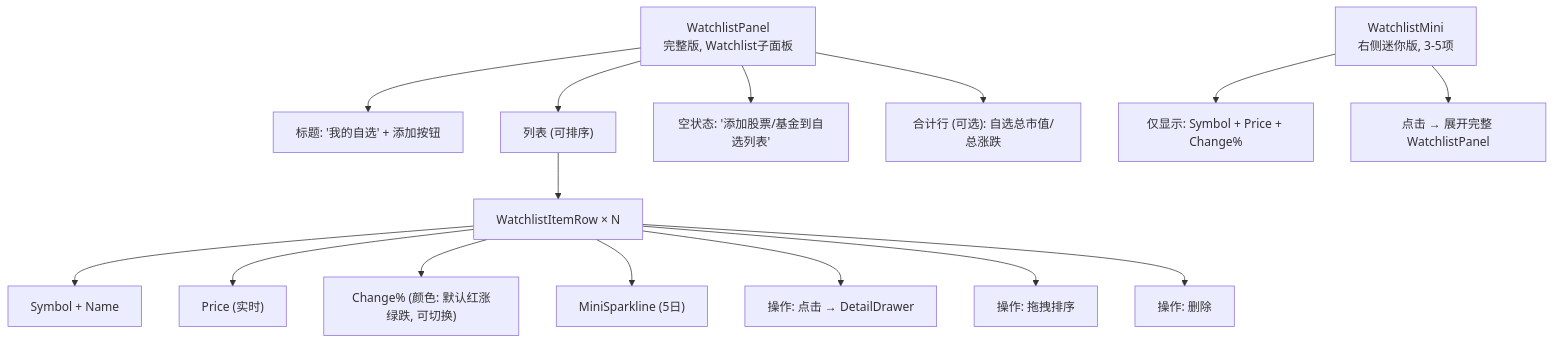
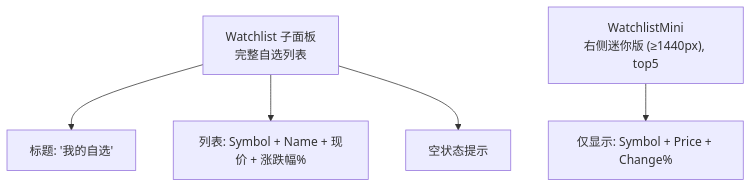
One commit to onceme/instantboard changed the second of 6 diagrams in docs/design/finance-tab.md. Above: the diagram before and after it, drawn with Mermaid. The commit also changed other lines of this file and 14 other files, not shown here.

````diff
--- a/docs/design/finance-tab.md
+++ b/docs/design/finance-tab.md
@@ -87,20 +84,10 @@
 ```mermaid
 graph TD
-    WP["WatchlistPanel<br/>完整版, Watchlist子面板"]
-    WP --> Title["标题: '我的自选' + 添加按钮"]
-    WP --> List["列表 (可排序)"]
-    List --> WIR["WatchlistItemRow × N"]
-    WIR --> SN["Symbol + Name"]
-    WIR --> Price["Price (实时)"]
-    WIR --> Change["Change% (颜色: 默认红涨绿跌, 可切换)"]
-    WIR --> MS["MiniSparkline (5日)"]
-    WIR --> Click["操作: 点击 → DetailDrawer"]
-    WIR --> Drag["操作: 拖拽排序"]
-    WIR --> Delete["操作: 删除"]
-    WP --> Empty["空状态: '添加股票/基金到自选列表'"]
-    WP --> Total["合计行 (可选): 自选总市值/总涨跌"]
+    WL["Watchlist 子面板<br/>完整自选列表"]
+    WL --> Title["标题: '我的自选'"]
+    WL --> List["列表: Symbol + Name + 现价 + 涨跌幅%"]
+    WL --> Empty["空状态提示"]
 
-    WM["WatchlistMini<br/>右侧迷你版, 3-5项"]
+    WM["WatchlistMini<br/>右侧迷你版 (≥1440px), top5"]
     WM --> MiniShow["仅显示: Symbol + Price + Change%"]
-    WM --> Expand["点击 → 展开完整 WatchlistPanel"]
 ```
````
